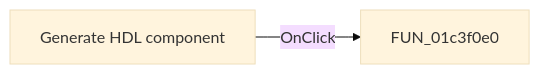
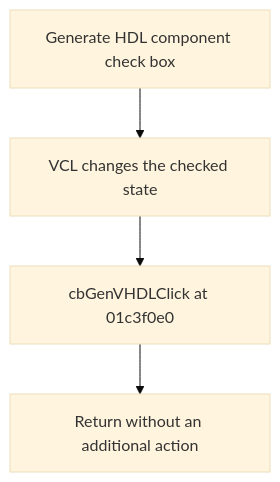
One commit to MovGP0/TIARA changed the diagram in docs/ui-controls/fmacrowiz/cbgenvhdl-1ae7139dc7.md. Above: the diagram before and after it, drawn with Mermaid (base theme). The commit also changed other lines of this file and 387 other files, not shown here.

````diff
--- a/docs/ui-controls/fmacrowiz/cbgenvhdl-1ae7139dc7.md
+++ b/docs/ui-controls/fmacrowiz/cbgenvhdl-1ae7139dc7.md
@@ -27,4 +20,6 @@
 ```mermaid
-flowchart LR
-    control["Generate HDL component"] -->|OnClick| handler["FUN_01c3f0e0"]
+flowchart TD
+    control["Generate HDL component check box"] --> toggle["VCL changes the checked state"]
+    toggle --> handler["cbGenVHDLClick at 01c3f0e0"]
+    handler --> noop["Return without an additional action"]
 ```
````
